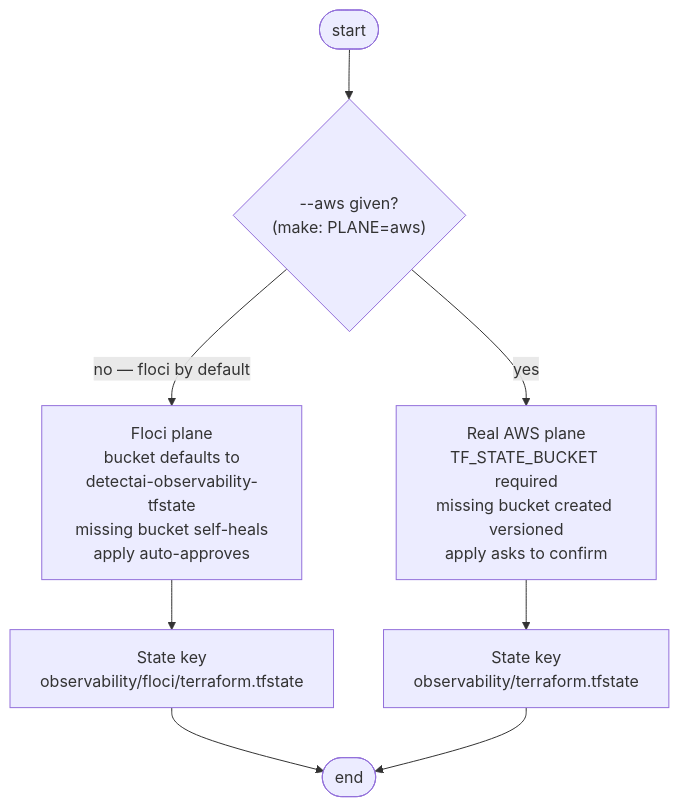
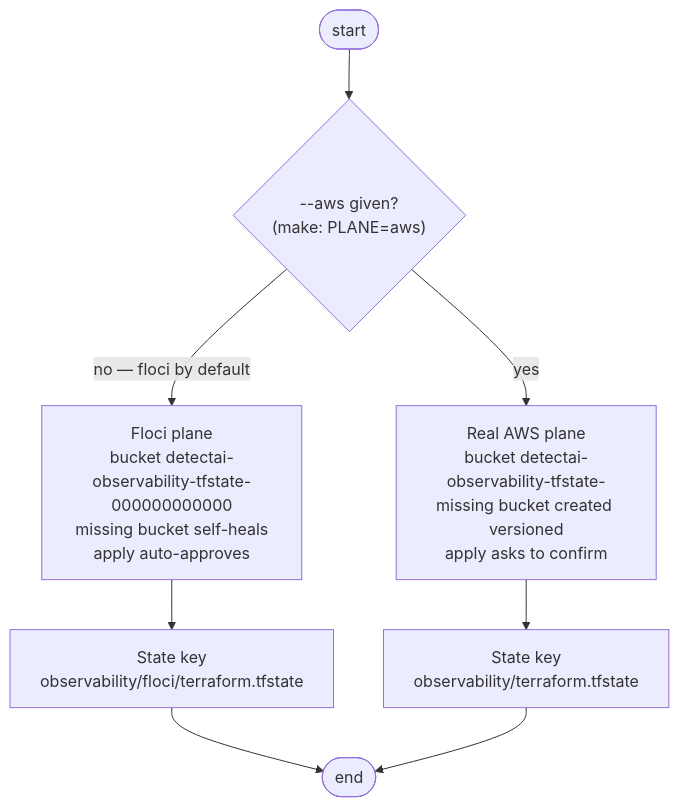
One commit to kunalPisolkar24/detectAI changed the diagram in observability/docs/getting-started/configuration.md. Above: the diagram before and after it, drawn with Mermaid. The commit also changed other lines of this file and 17 other files, not shown here.

Commit message:
Derive the infra and observability state buckets from slug and account

````diff
--- a/observability/docs/getting-started/configuration.md
+++ b/observability/docs/getting-started/configuration.md
@@ -21,10 +20,10 @@
 ```mermaid
 graph TB
     START(["start"]) --> B{"--aws given?<br/>(make: PLANE=aws)"}
-    B -->|no — floci by default| F["Floci plane<br/>bucket defaults to<br/>detectai-observability-tfstate<br/>missing bucket self-heals<br/>apply auto-approves"]
-    B -->|yes| R["Real AWS plane<br/>TF_STATE_BUCKET required<br/>missing bucket created versioned<br/>apply asks to confirm"]
+    B -->|no — floci by default| F["Floci plane<br/>bucket detectai-observability-tfstate-000000000000<br/>missing bucket self-heals<br/>apply auto-approves"]
+    B -->|yes| R["Real AWS plane<br/>bucket detectai-observability-tfstate-<account><br/>missing bucket created versioned<br/>apply asks to confirm"]
     F --> S["State key<br/>observability/floci/terraform.tfstate"]
     R --> S2["State key<br/>observability/terraform.tfstate"]
     S --> END(["end"])
     S2 --> END
 ```
````
